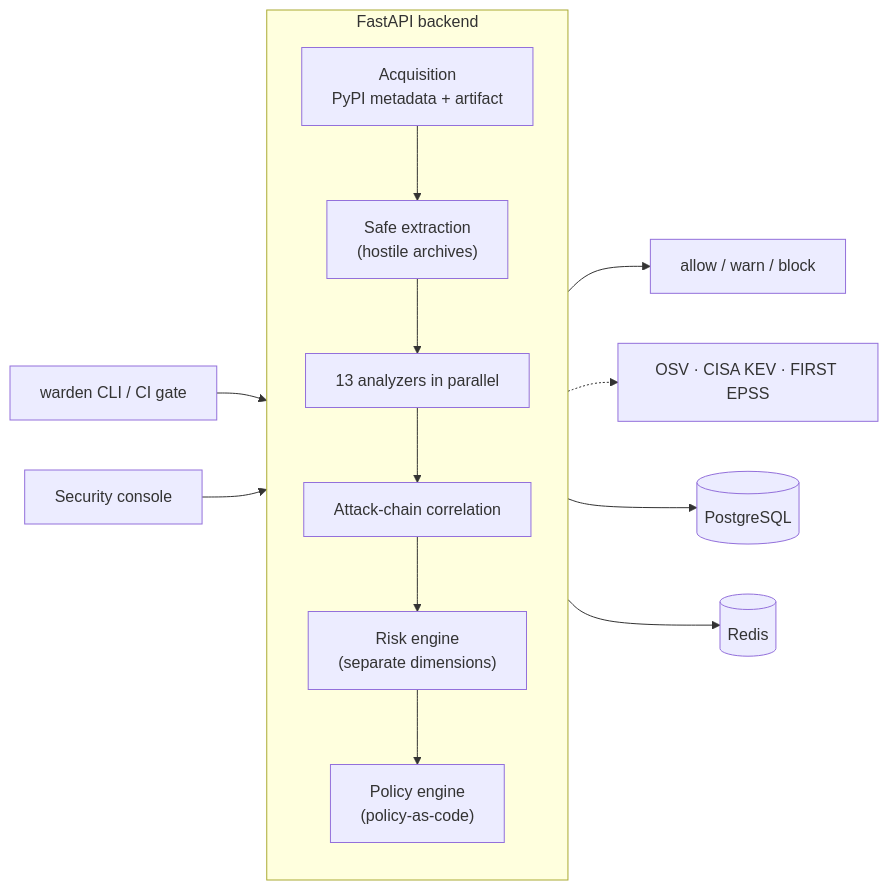
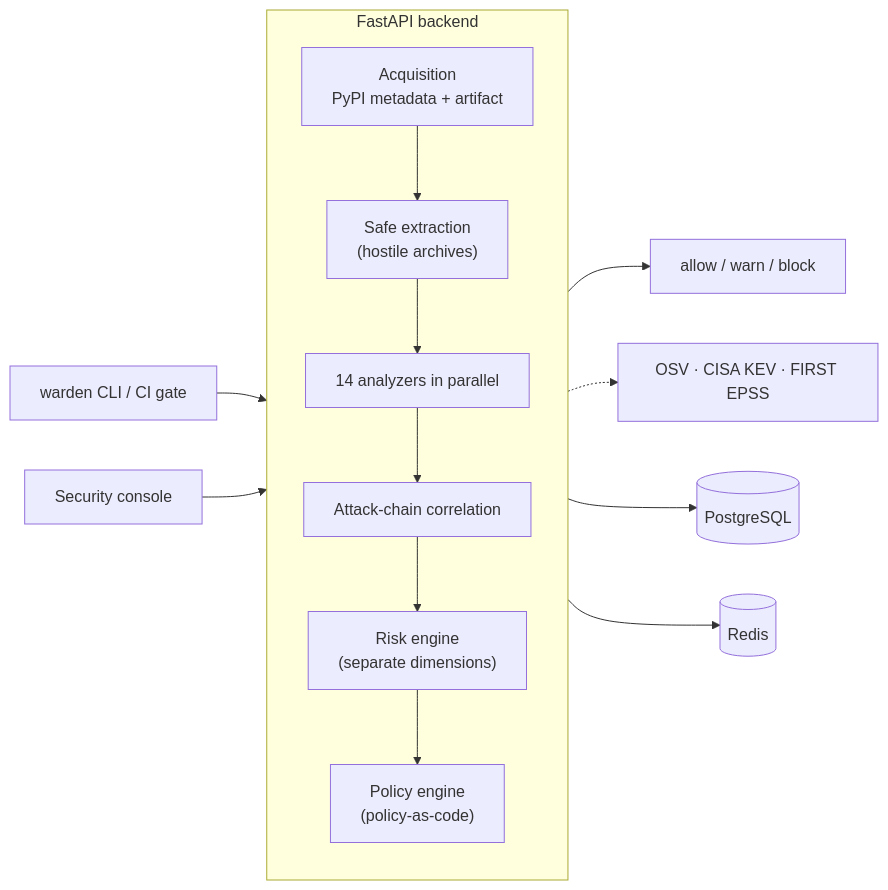
The diagram in README.md (rakshit-737/warden-supply-chain-firewall), drawn with Mermaid before and after one commit. The commit also changed other lines of this file, not shown here.

````diff
--- a/README.md
+++ b/README.md
@@ -40,17 +41,17 @@
 ```mermaid
 flowchart LR
   CLI["warden CLI / CI gate"] --> API
   UI["Security console"] --> API
   subgraph API["FastAPI backend"]
     direction TB
     ACQ["Acquisition<br/>PyPI metadata + artifact"] --> EXT["Safe extraction<br/>(hostile archives)"]
-    EXT --> AZ["13 analyzers in parallel"]
+    EXT --> AZ["14 analyzers in parallel"]
     AZ --> COR["Attack-chain correlation"]
     COR --> RISK["Risk engine<br/>(separate dimensions)"]
     RISK --> POL["Policy engine<br/>(policy-as-code)"]
   end
   POL --> V["allow / warn / block"]
   API --> DB[("PostgreSQL")]
   API --> RC[("Redis")]
   AZ -.-> INTEL["OSV · CISA KEV · FIRST EPSS"]
 ```
````
